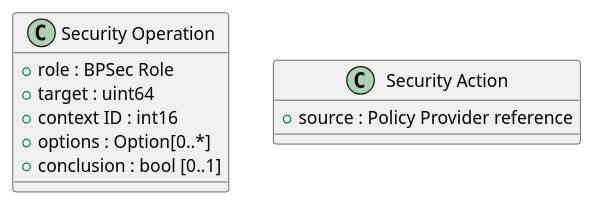
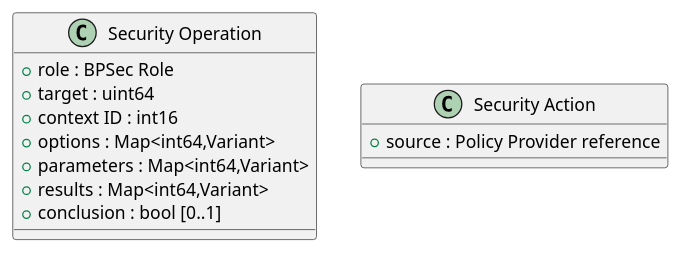
The fifth of 5 diagrams in user-guide/static/classes.puml (NASA-AMMOS/BSL-docs), drawn with PlantUML before and after one commit. The commit also changed 2 other files, not shown here.

Commit message:
Explain secop options (#43)
* Add more explanation and diagram for options

* Updates for new crypto key store

* Add specific terms

```diff
--- a/user-guide/static/classes.puml
+++ b/user-guide/static/classes.puml
@@ -28,13 +28,15 @@
 @startuml(id=secop)
 class "Security Operation" as SecOp {
   + role : BPSec Role
   + target : uint64
   + context ID : int16
-  + options : Option[0..*]
+  + options : Map<int64,Variant>
+  + parameters : Map<int64,Variant>
+  + results : Map<int64,Variant>
   + conclusion : bool [0..1]
 }
 
 class "Security Action" as Action {
   + source : Policy Provider reference
 }
 @enduml
```
